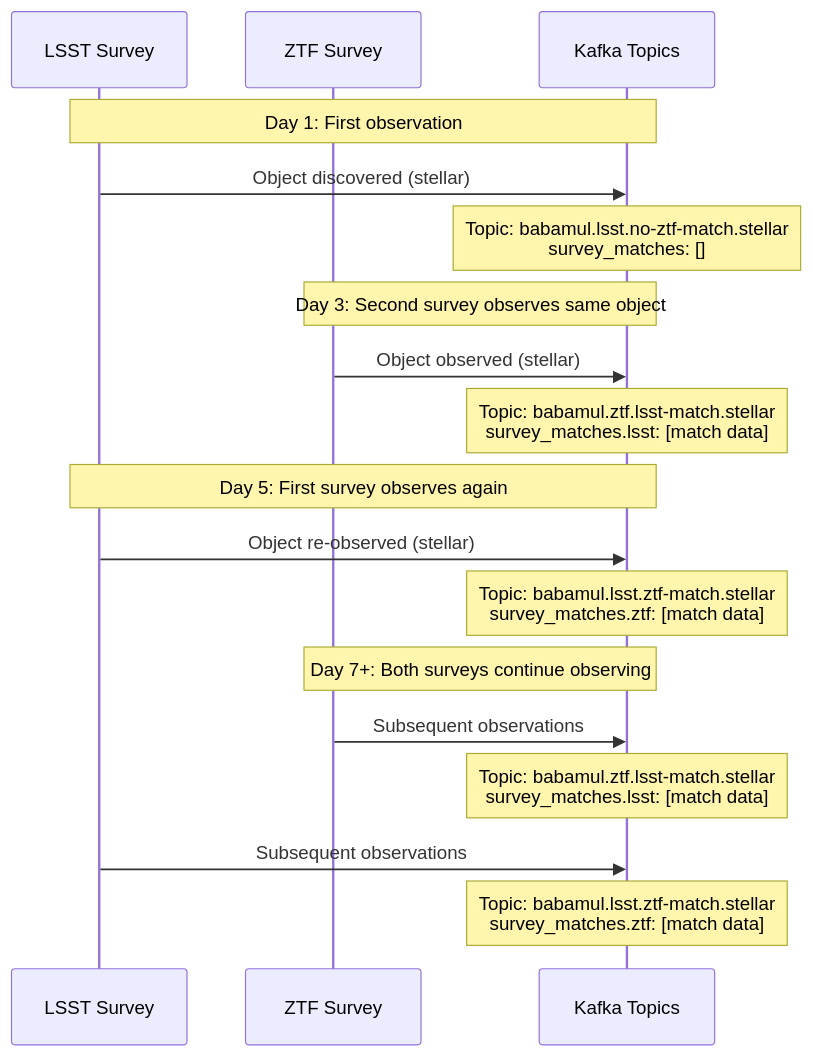
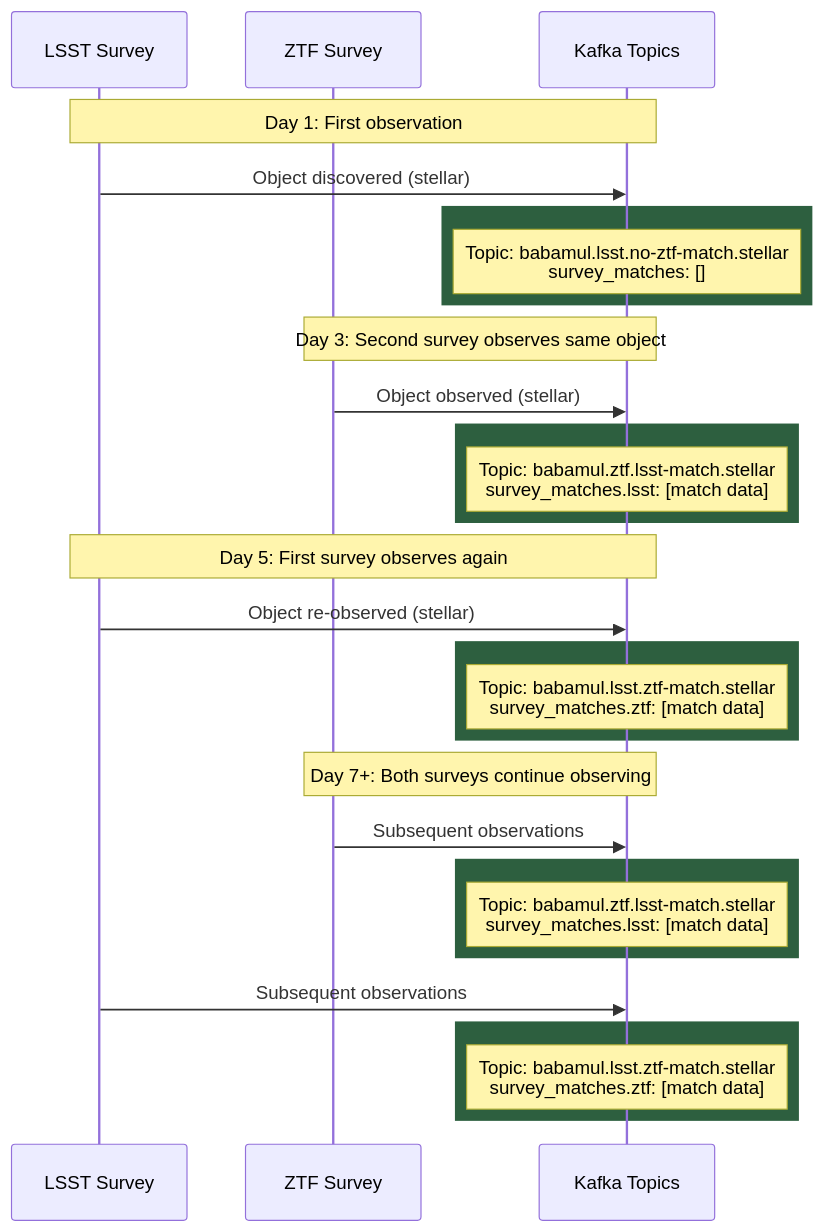
One commit to boom-astro/boom changed the first of 2 diagrams in docs/babamul.md. Above: the diagram before and after it, drawn with Mermaid.

Commit message:
Color stellar topics green

````diff
--- a/docs/babamul.md
+++ b/docs/babamul.md
@@ -89,24 +89,34 @@
 ```mermaid
 sequenceDiagram
     participant LSST as LSST Survey
     participant ZTF as ZTF Survey
     participant Stream as Kafka Topics
 
     Note over LSST,Stream: Day 1: First observation
     LSST->>Stream: Object discovered (stellar)
+    rect rgb(45, 95, 63)
     Note over Stream: Topic: babamul.lsst.no-ztf-match.stellar<br/>survey_matches: []
+    end
 
     Note over ZTF,Stream: Day 3: Second survey observes same object
     ZTF->>Stream: Object observed (stellar)
+    rect rgb(45, 95, 63)
     Note over Stream: Topic: babamul.ztf.lsst-match.stellar<br/>survey_matches.lsst: [match data]
+    end
 
     Note over LSST,Stream: Day 5: First survey observes again
     LSST->>Stream: Object re-observed (stellar)
+    rect rgb(45, 95, 63)
     Note over Stream: Topic: babamul.lsst.ztf-match.stellar<br/>survey_matches.ztf: [match data]
+    end
 
     Note over ZTF,Stream: Day 7+: Both surveys continue observing
     ZTF->>Stream: Subsequent observations
+    rect rgb(45, 95, 63)
     Note over Stream: Topic: babamul.ztf.lsst-match.stellar<br/>survey_matches.lsst: [match data]
+    end
     LSST->>Stream: Subsequent observations
+    rect rgb(45, 95, 63)
     Note over Stream: Topic: babamul.lsst.ztf-match.stellar<br/>survey_matches.ztf: [match data]
+    end
 ```
````
